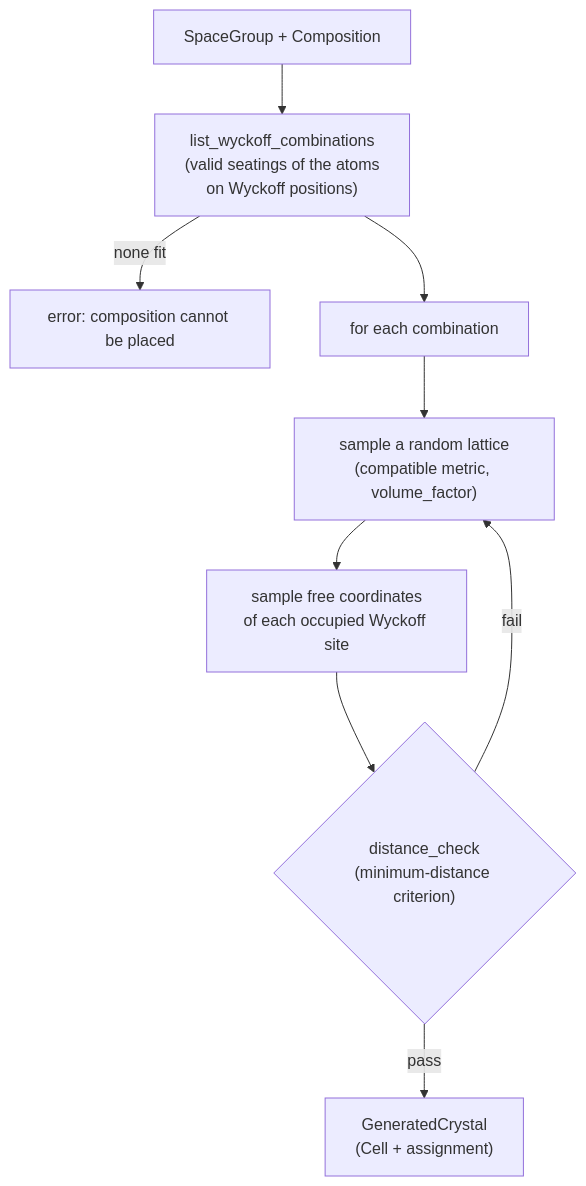
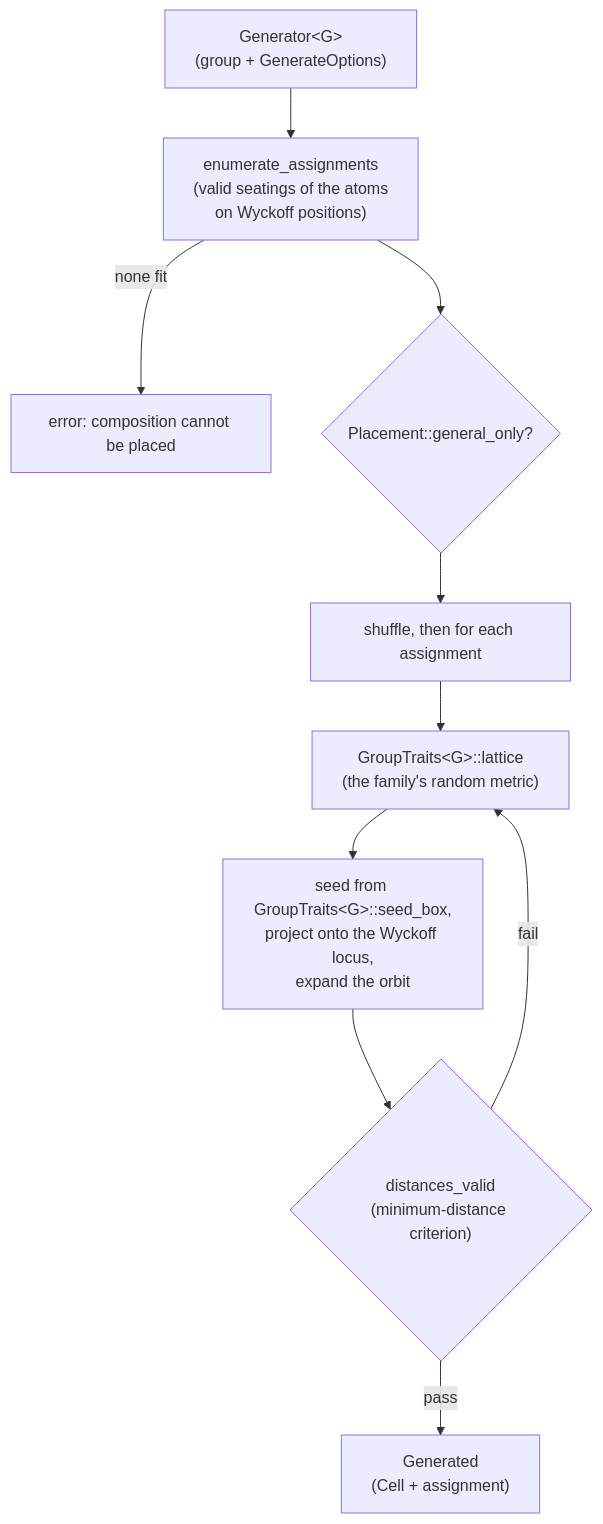
One commit to reach2sayan/Seitz changed the fourth of 7 diagrams in docs/WORKFLOW.md. Above: the diagram before and after it, drawn with Mermaid. The commit also changed other lines of this file and 39 other files, not shown here.

````diff
--- a/docs/WORKFLOW.md
+++ b/docs/WORKFLOW.md
@@ -77,11 +87,12 @@
 ```mermaid
 flowchart TD
-    A["SpaceGroup + Composition"] --> B["list_wyckoff_combinations<br/>(valid seatings of the atoms<br/>on Wyckoff positions)"]
+    A["Generator&lt;G&gt;<br/>(group + GenerateOptions)"] --> B["enumerate_assignments<br/>(valid seatings of the atoms<br/>on Wyckoff positions)"]
     B -->|none fit| Err["error: composition cannot be placed"]
-    B --> C["for each combination"]
-    C --> D["sample a random lattice<br/>(compatible metric, volume_factor)"]
-    D --> E["sample free coordinates<br/>of each occupied Wyckoff site"]
-    E --> F{"distance_check<br/>(minimum-distance criterion)"}
+    B --> R{"Placement::general_only?"}
+    R --> C["shuffle, then for each assignment"]
+    C --> D["GroupTraits&lt;G&gt;::lattice<br/>(the family's random metric)"]
+    D --> E["seed from GroupTraits&lt;G&gt;::seed_box,<br/>project onto the Wyckoff locus,<br/>expand the orbit"]
+    E --> F{"distances_valid<br/>(minimum-distance criterion)"}
     F -->|fail| D
-    F -->|pass| G["GeneratedCrystal<br/>(Cell + assignment)"]
+    F -->|pass| G["Generated<br/>(Cell + assignment)"]
 ```
````
